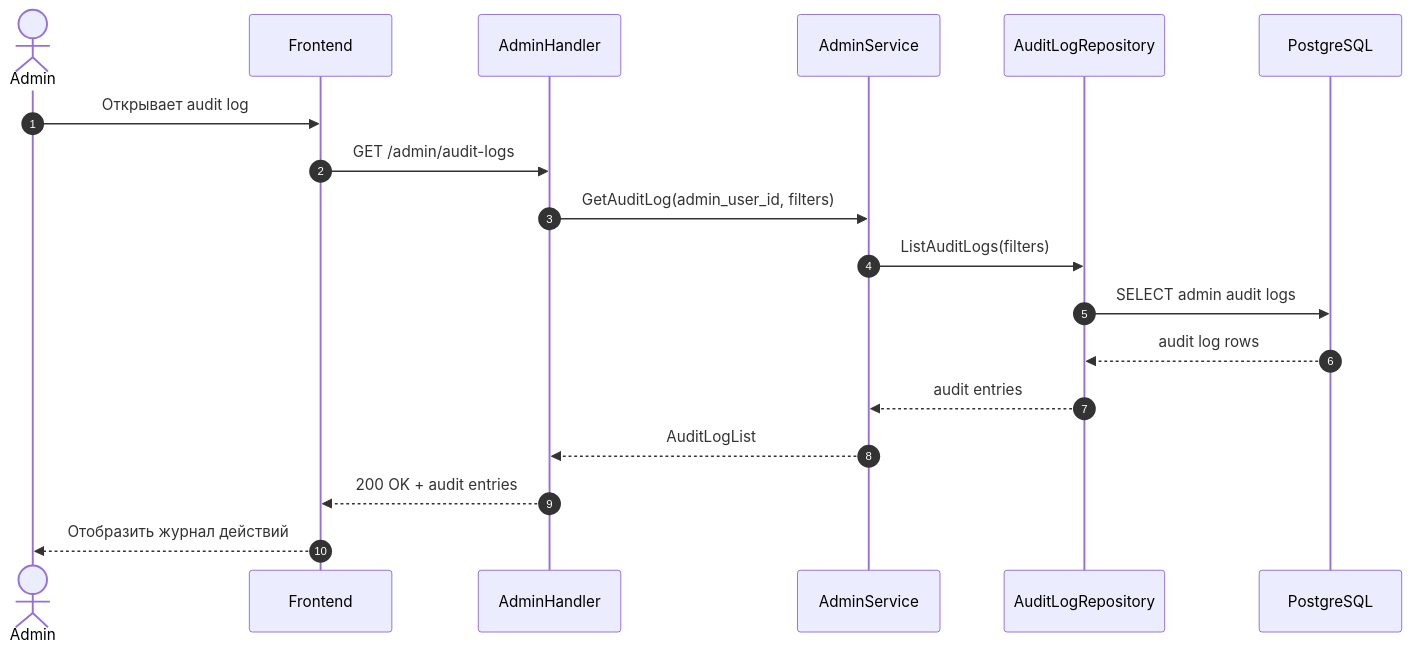
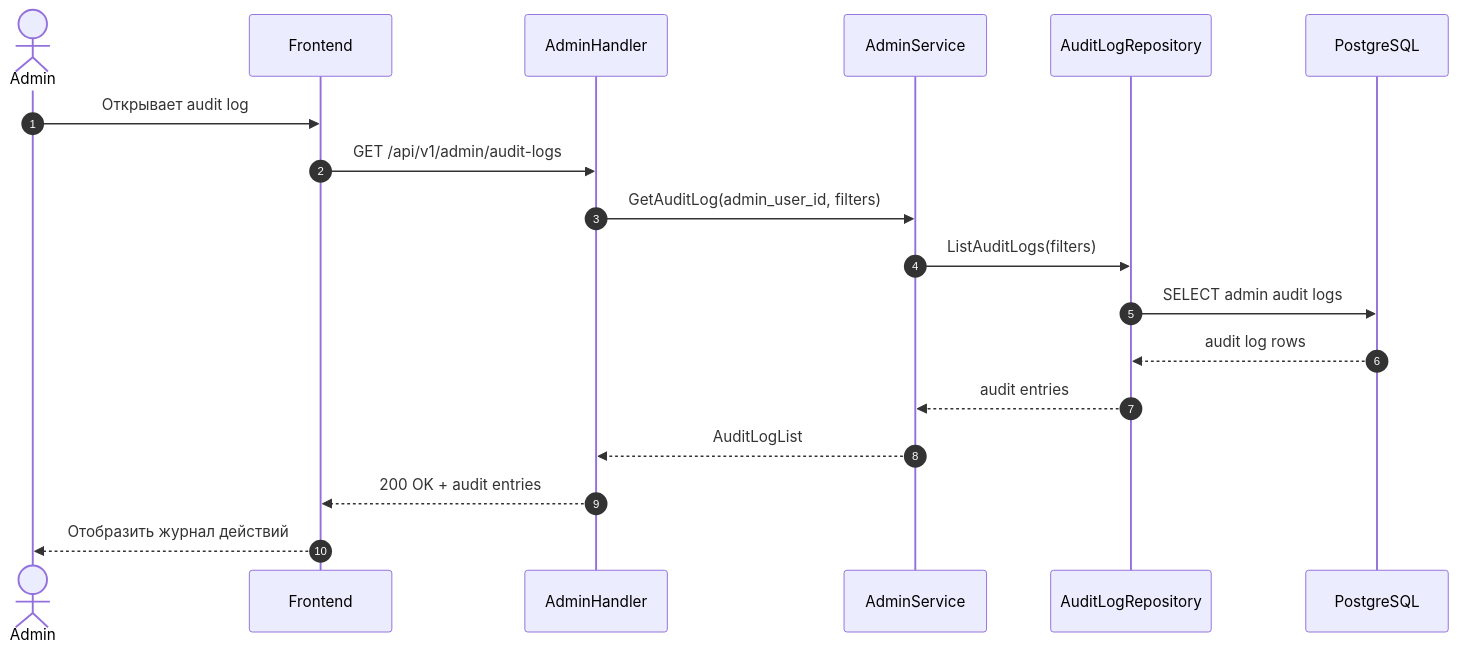
Before and after one commit to k3llone/TrackLink: the diagram in docs/Sequence/SD-32.md, drawn with Mermaid. The commit also changed other lines of this file and 33 other files, not shown here.

````diff
--- a/docs/Sequence/SD-32.md
+++ b/docs/Sequence/SD-32.md
@@ -3,25 +5,25 @@
 ```mermaid
 sequenceDiagram
     autonumber
 
     actor Admin
     participant FE as Frontend
     participant ADH as AdminHandler
     participant ADS as AdminService
     participant AL as AuditLogRepository
     participant DB as PostgreSQL
 
     Admin->>FE: Открывает audit log
-    FE->>ADH: GET /admin/audit-logs
+    FE->>ADH: GET /api/v1/admin/audit-logs
 
     ADH->>ADS: GetAuditLog(admin_user_id, filters)
 
     ADS->>AL: ListAuditLogs(filters)
     AL->>DB: SELECT admin audit logs
     DB-->>AL: audit log rows
     AL-->>ADS: audit entries
 
     ADS-->>ADH: AuditLogList
     ADH-->>FE: 200 OK + audit entries
     FE-->>Admin: Отобразить журнал действий
 ```
````
